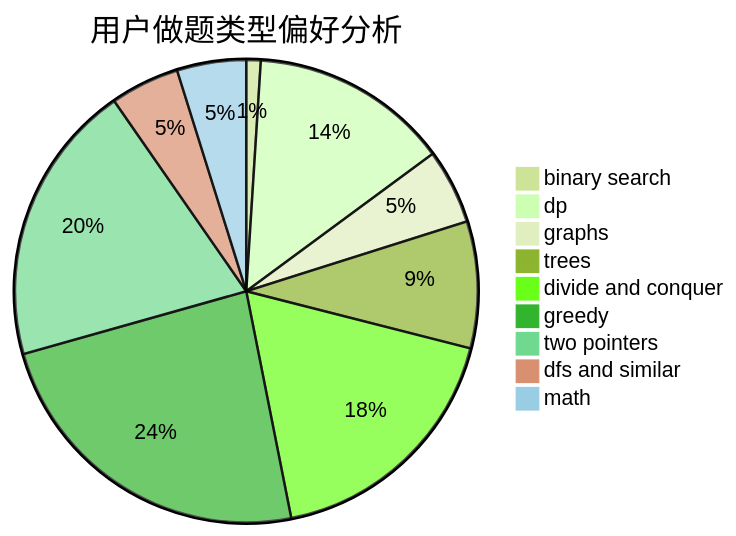
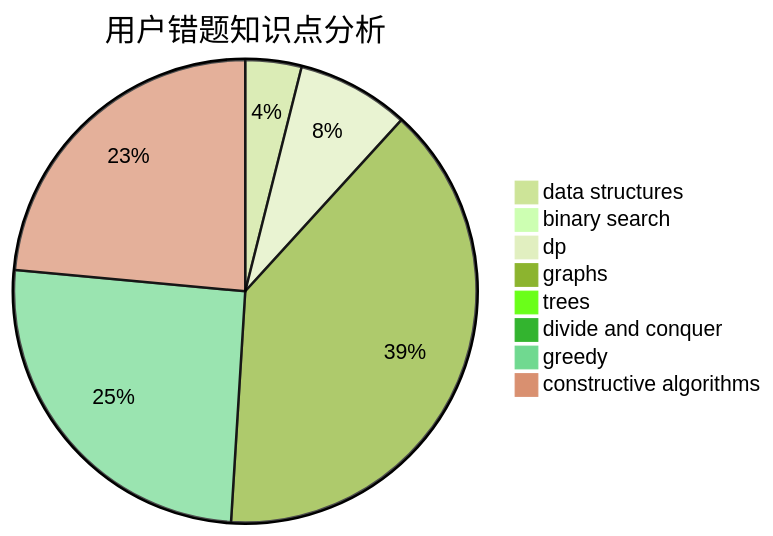
The third of 3 diagrams in docs/user/u2544.md (sherpahu/cfrs.github.io), drawn with Mermaid (forest theme) before and after one commit. The commit also changed other lines of this file and 2775 other files, not shown here.

````diff
--- a/docs/user/u2544.md
+++ b/docs/user/u2544.md
@@ -23,12 +36,11 @@
 ```mermaid
-pie title 用户做题类型偏好分析
-    "binary search" :  5
-    "dp" :  69
-    "graphs" :  26
-    "trees" :  44
-    "divide and conquer" :  89
-    "greedy" :  118
-    "two pointers" :  98
-    "dfs and similar" :  24
-    "math" :  24
+pie title 用户错题知识点分析
+    "data structures" :  4
+    "binary search" :  1
+    "dp" :  8
+    "graphs" :  40
+    "trees" :  0
+    "divide and conquer" :  0
+    "greedy" :  26
+    "constructive algorithms" :  24
 ```
````
